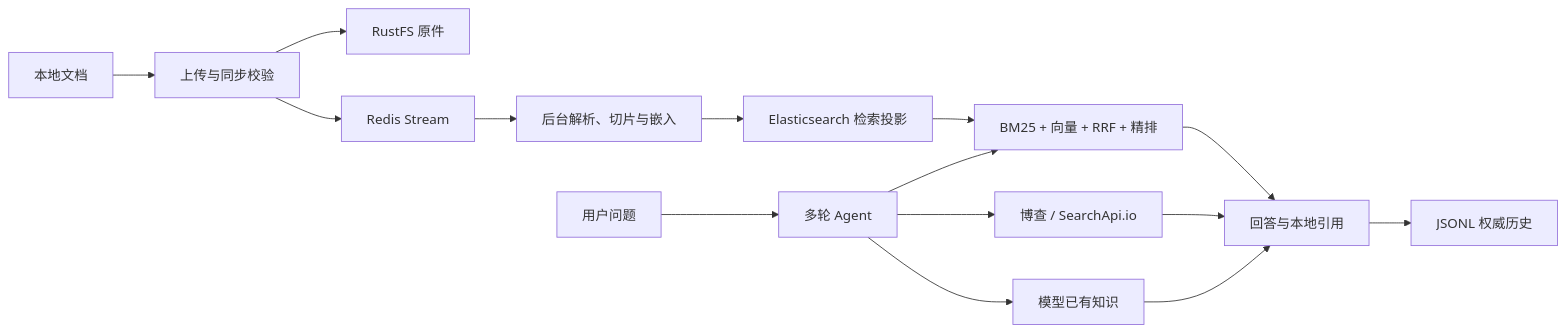
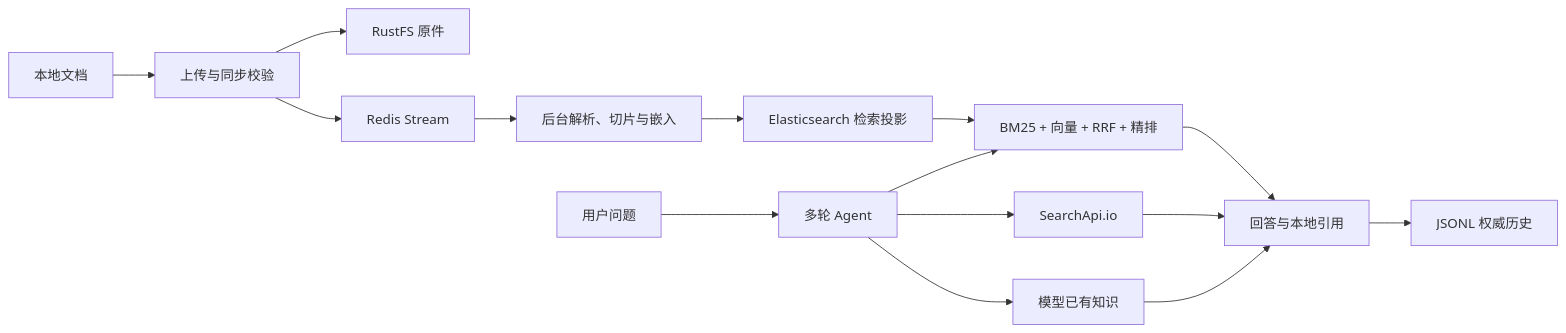
The diagram in README.md (Yuyu123fish/salmon-mind), drawn with Mermaid before and after one commit. The commit also changed other lines of this file and 51 other files, not shown here.

````diff
--- a/README.md
+++ b/README.md
@@ -58,18 +58,18 @@
 ```mermaid
 flowchart LR
     document["本地文档"] --> upload["上传与同步校验"]
     upload --> objectStore["RustFS 原件"]
     upload --> queue["Redis Stream"]
     queue --> worker["后台解析、切片与嵌入"]
     worker --> index["Elasticsearch 检索投影"]
 
     question["用户问题"] --> agent["多轮 Agent"]
     agent --> local["BM25 + 向量 + RRF + 精排"]
-    agent --> web["博查 / SearchApi.io"]
+    agent --> web["SearchApi.io"]
     agent --> model["模型已有知识"]
     index --> local
     local --> answer["回答与本地引用"]
     web --> answer
     model --> answer
     answer --> history["JSONL 权威历史"]
 ```
````
